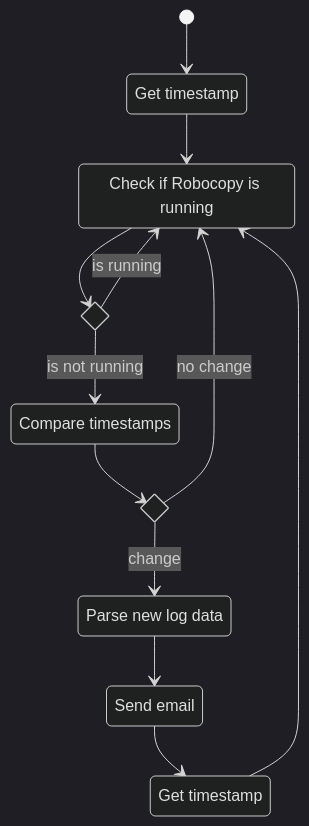
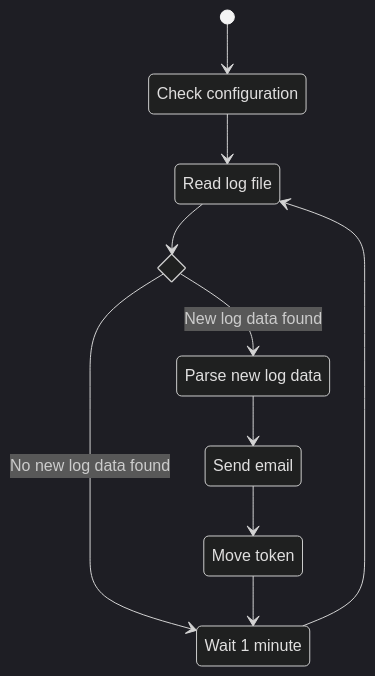
Before and after one commit to GEVIS1/id609-powershell-script: the second of 2 diagrams in docs/plan.md, drawn with Mermaid (dark theme). The commit also changed other lines of this file, not shown here.

````diff
--- a/docs/plan.md
+++ b/docs/plan.md
@@ -25,22 +28,19 @@
 ```mermaid
 stateDiagram-v2
-    state "Get timestamp" as s0
-    state "Check if Robocopy is running" as s1
-    state if_rc_running <<choice>>
+    state "Check configuration" as s0
+    state "Read log file" as s1
     [*] --> s0
     s0 --> s1
-    s1 --> if_rc_running
-    if_rc_running --> s1: is running
-    state "Compare timestamps" as s2
-    if_rc_running --> s2: is not running
-    state if_timestamp <<choice>>
-    s2 --> if_timestamp
-    if_timestamp --> s1: no change
+    state if_new_data <<choice>>
+    s1 --> if_new_data
+    if_new_data --> s3: New log data found
+    state "Wait 1 minute" as wait
+    if_new_data --> wait: No new log data found
+    wait --> s1
     state "Parse new log data" as s3
-    if_timestamp --> s3: change
     state "Send email" as s4
     s3 --> s4
-    state "Get timestamp" as s5
+    state "Move token" as s5
     s4 --> s5
-    s5 --> s1
+    s5 --> wait
 ```
````
